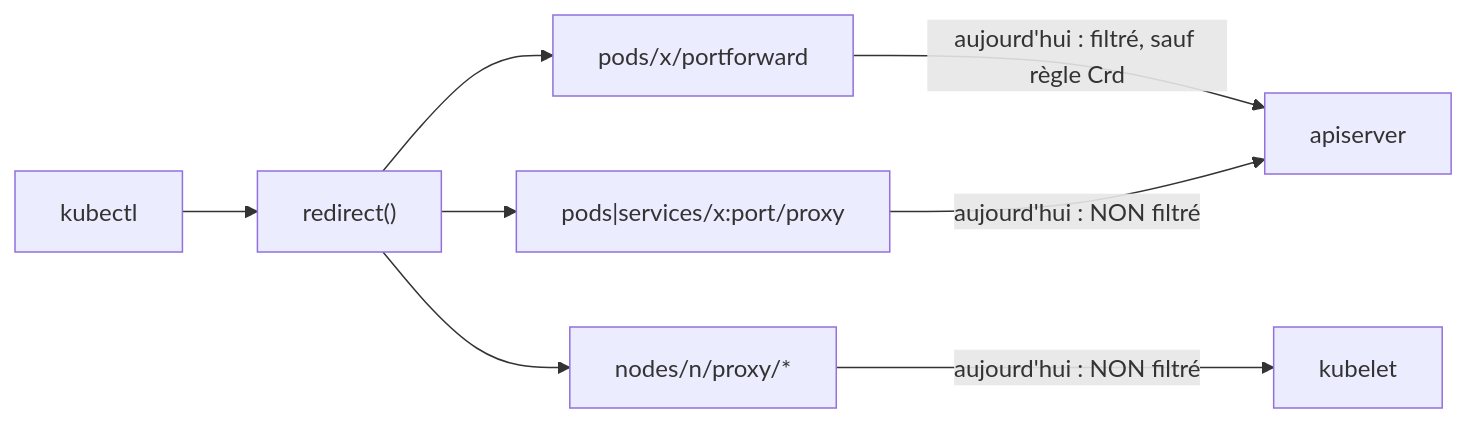
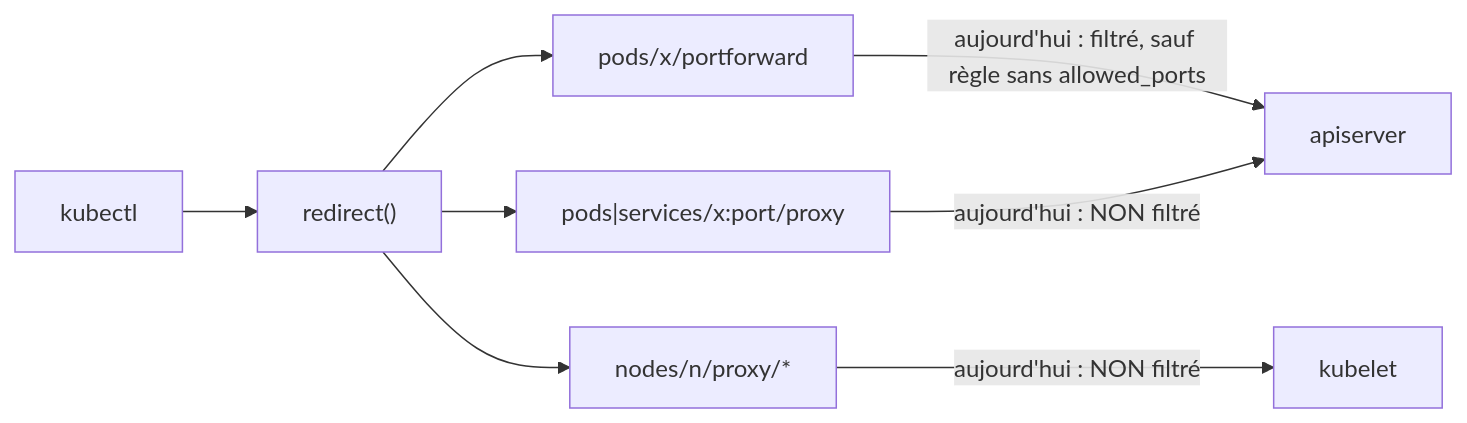
Before and after one commit to batleforc/ProxyAuthK8S: the first of 3 diagrams in .rfc/0003-port-forward-filtering-gaps.md, drawn with Mermaid. The commit also changed other lines of this file and 12 other files, not shown here.

````diff
--- a/.rfc/0003-port-forward-filtering-gaps.md
+++ b/.rfc/0003-port-forward-filtering-gaps.md
@@ -63,10 +68,10 @@
 ```mermaid
 flowchart LR
     C["kubectl"] --> P["redirect()"]
     P --> PF["pods/x/portforward"]
     P --> PX["pods|services/x:port/proxy"]
     P --> NX["nodes/n/proxy/*"]
-    PF -- "aujourd'hui : filtré, sauf règle Crd" --> K["apiserver"]
+    PF -- "aujourd'hui : filtré, sauf règle sans allowed_ports" --> K["apiserver"]
     PX -- "aujourd'hui : NON filtré" --> K
     NX -- "aujourd'hui : NON filtré" --> KL["kubelet"]
 ```
````
